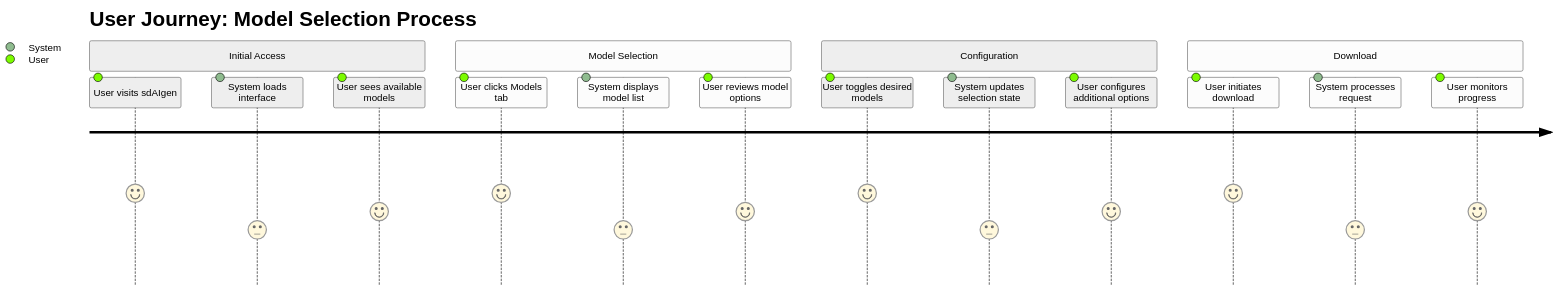
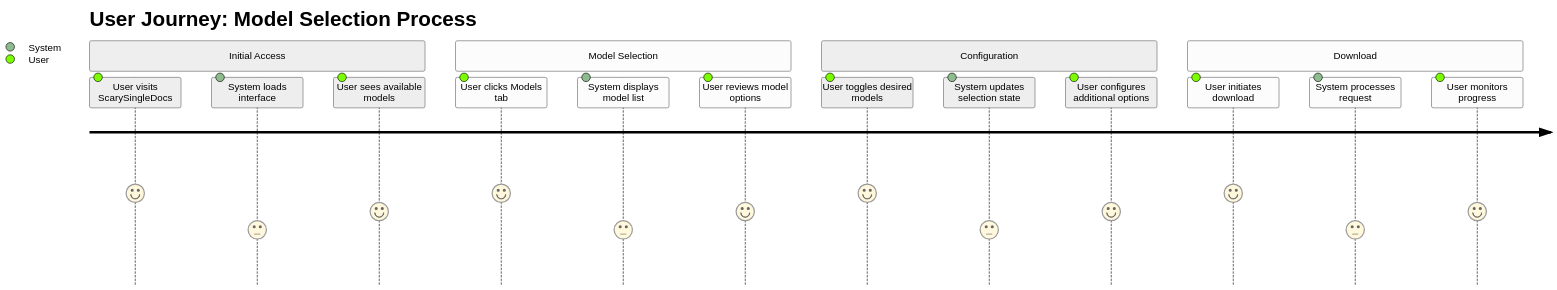
One commit to ntruongan356-byte/ScarySingleDocs changed diagram 11 of 20 in Docs/GuideDocs/MERMAID_GUIDE.md. Above: the diagram before and after it, drawn with Mermaid (neutral theme). The commit also changed other lines of this file and 42 other files, not shown here.

````diff
--- a/Docs/GuideDocs/MERMAID_GUIDE.md
+++ b/Docs/GuideDocs/MERMAID_GUIDE.md
@@ -228,23 +228,23 @@
 ```mermaid
 journey
     title User Journey: Model Selection Process
     section Initial Access
-      User visits sdAIgen: 5: User
+      User visits ScarySingleDocs: 5: User
       System loads interface: 3: System
       User sees available models: 4: User
     
     section Model Selection
       User clicks Models tab: 5: User
       System displays model list: 3: System
       User reviews model options: 4: User
     
     section Configuration
       User toggles desired models: 5: User
       System updates selection state: 3: System
       User configures additional options: 4: User
     
     section Download
       User initiates download: 5: User
       System processes request: 3: System
       User monitors progress: 4: User
 ```
````
